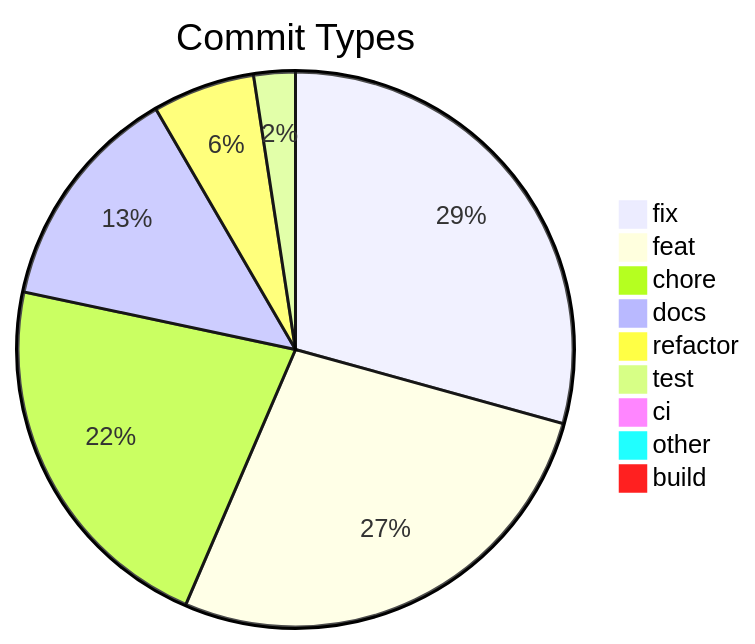
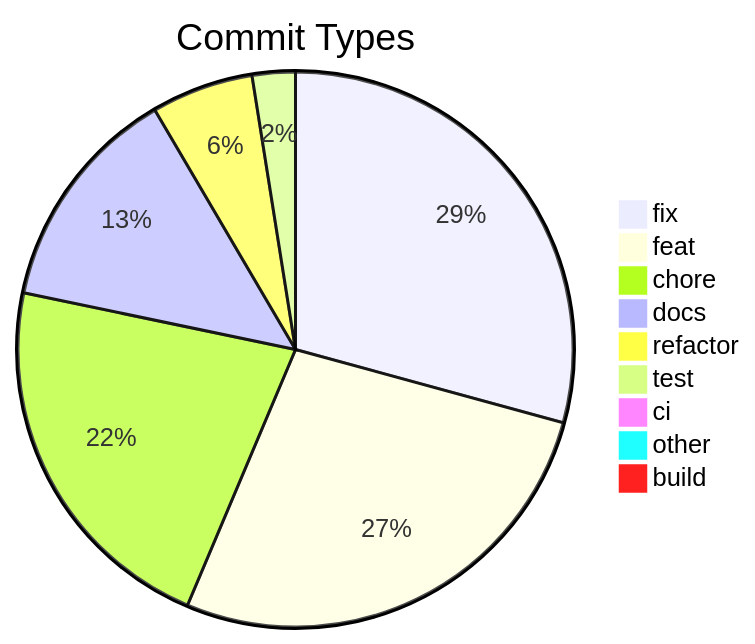
One commit to svenroth-ai/shipwright changed the diagram in .shipwright/compliance/change-history.md. Above: the diagram before and after it, drawn with Mermaid. The commit also changed other lines of this file and 22 other files, not shown here.

````diff
--- a/.shipwright/compliance/change-history.md
+++ b/.shipwright/compliance/change-history.md
@@ -8,12 +8,12 @@
 ```mermaid
 pie title Commit Types
     "fix" : 315
     "feat" : 292
-    "chore" : 235
+    "chore" : 236
     "docs" : 143
     "refactor" : 64
-    "test" : 26
+    "test" : 27
     "ci" : 10
     "other" : 7
     "build" : 1
 ```
````
